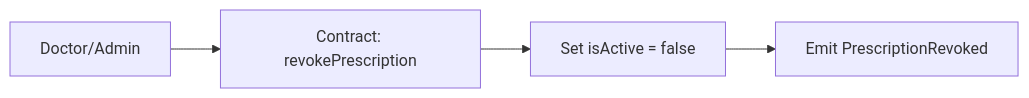
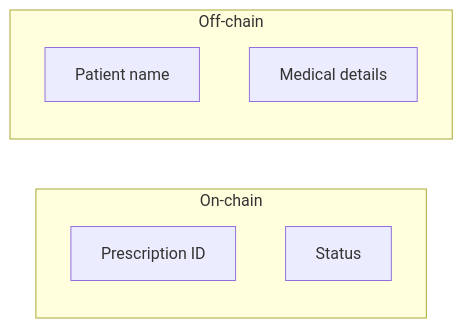
Before and after one commit to Taibur-Rahaman/blockmed-v1.2: the eighth of 11 diagrams in docs/BLOCKMED_BLOCKCHAIN_SUPER_BASIC_BN_EN.md, drawn with Mermaid. The commit also changed other lines of this file and 3 other files, not shown here.

Commit message:
docs: BN+EN lecturer doc with diagrams, add HOW_THE_PROJECT_WORKS, update README

````diff
--- a/docs/BLOCKMED_BLOCKCHAIN_SUPER_BASIC_BN_EN.md
+++ b/docs/BLOCKMED_BLOCKCHAIN_SUPER_BASIC_BN_EN.md
@@ -597,6 +281,12 @@
 ```mermaid
 flowchart LR
-  A[Doctor/Admin] --> R[Contract: revokePrescription]
-  R --> S[Set isActive = false]
-  S --> E[Emit PrescriptionRevoked]
+  subgraph On-chain
+    O1[Prescription ID]
+    O2[Status]
+  end
+
+  subgraph Off-chain
+    F1[Patient name]
+    F2[Medical details]
+  end
 ```
````
